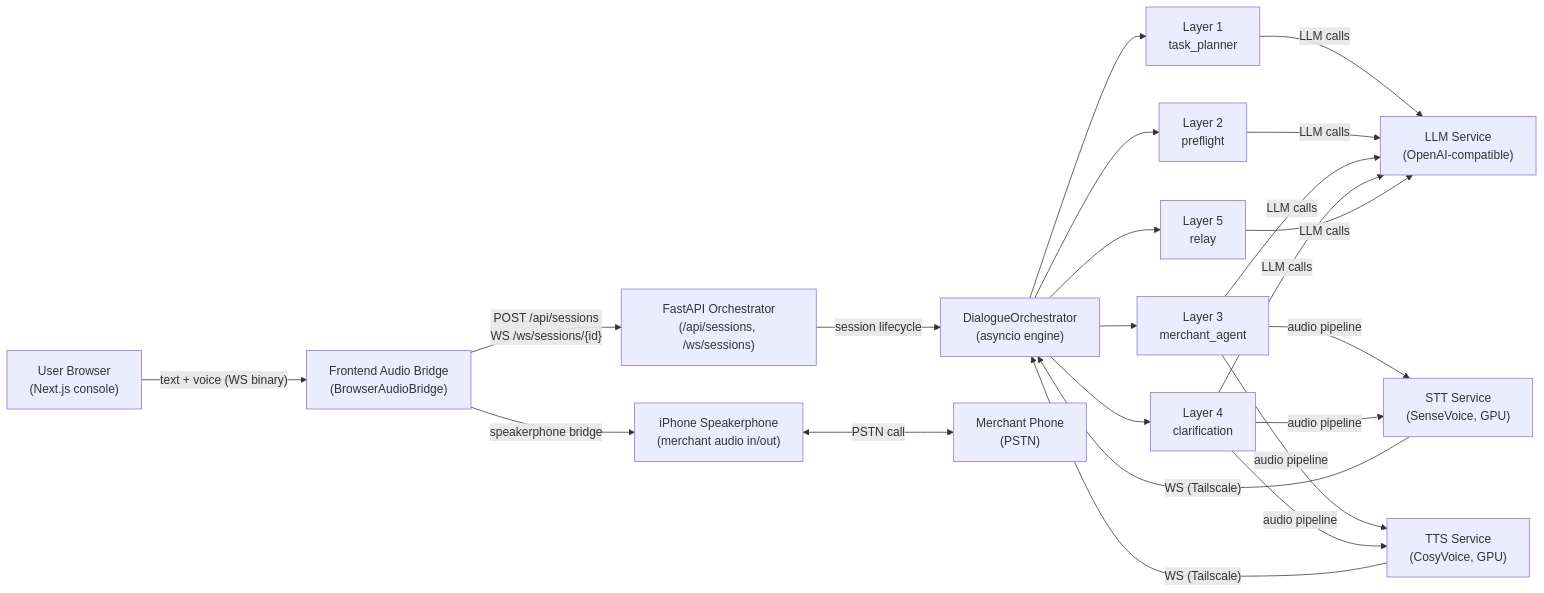
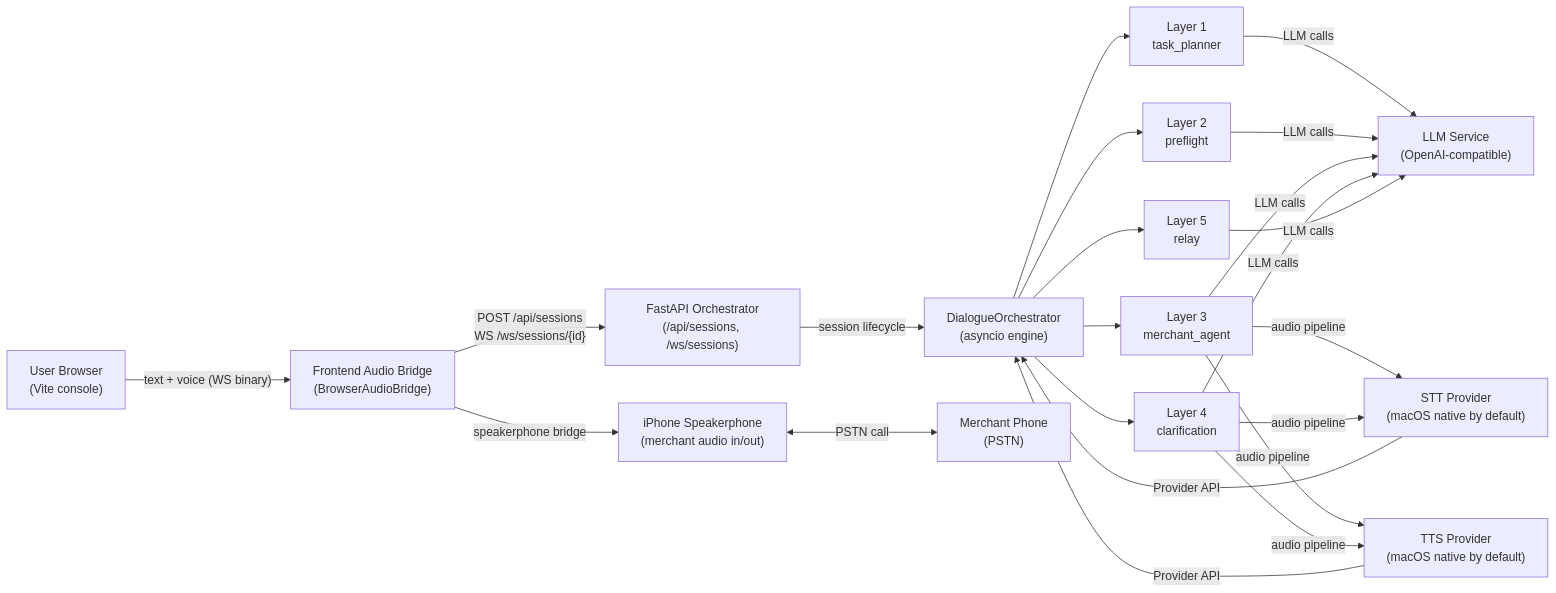
One commit to DGPisces/VocalizeAI changed the first of 2 diagrams in docs/architecture.md. Above: the diagram before and after it, drawn with Mermaid. The commit also changed other lines of this file and 173 other files, not shown here.

````diff
--- a/docs/architecture.md
+++ b/docs/architecture.md
@@ -52,29 +52,29 @@
 ```mermaid
 flowchart LR
-    UserBrowser["User Browser\n(Next.js console)"]
+    UserBrowser["User Browser\n(Vite console)"]
     AudioBridge["Frontend Audio Bridge\n(BrowserAudioBridge)"]
     iPhoneSpeaker["iPhone Speakerphone\n(merchant audio in/out)"]
     FastAPI["FastAPI Orchestrator\n(/api/sessions, /ws/sessions)"]
     Orchestrator["DialogueOrchestrator\n(asyncio engine)"]
     L1["Layer 1\ntask_planner"]
     L2["Layer 2\npreflight"]
     L3["Layer 3\nmerchant_agent"]
     L4["Layer 4\nclarification"]
     L5["Layer 5\nrelay"]
     LLM["LLM Service\n(OpenAI-compatible)"]
-    STT["STT Service\n(SenseVoice, GPU)"]
-    TTS["TTS Service\n(CosyVoice, GPU)"]
+    STT["STT Provider\n(macOS native by default)"]
+    TTS["TTS Provider\n(macOS native by default)"]
     Merchant["Merchant Phone\n(PSTN)"]
 
     UserBrowser -- "text + voice (WS binary)" --> AudioBridge
     AudioBridge -- "POST /api/sessions\nWS /ws/sessions/{id}" --> FastAPI
     FastAPI -- "session lifecycle" --> Orchestrator
     Orchestrator --> L1 & L2 & L3 & L4 & L5
     L1 & L2 & L3 & L4 & L5 -- "LLM calls" --> LLM
     L3 & L4 -- "audio pipeline" --> STT
     L3 & L4 -- "audio pipeline" --> TTS
     AudioBridge -- "speakerphone bridge" --> iPhoneSpeaker
     iPhoneSpeaker <-- "PSTN call" --> Merchant
-    STT -- "WS (Tailscale)" --> Orchestrator
-    TTS -- "WS (Tailscale)" --> Orchestrator
+    STT -- "Provider API" --> Orchestrator
+    TTS -- "Provider API" --> Orchestrator
 ```
````
